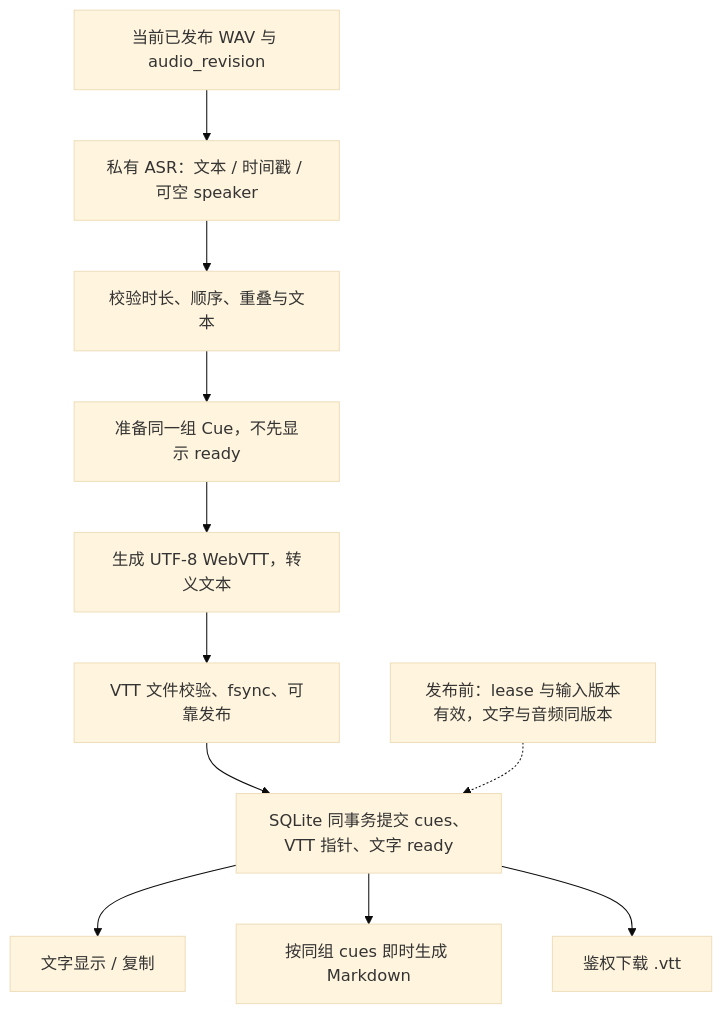
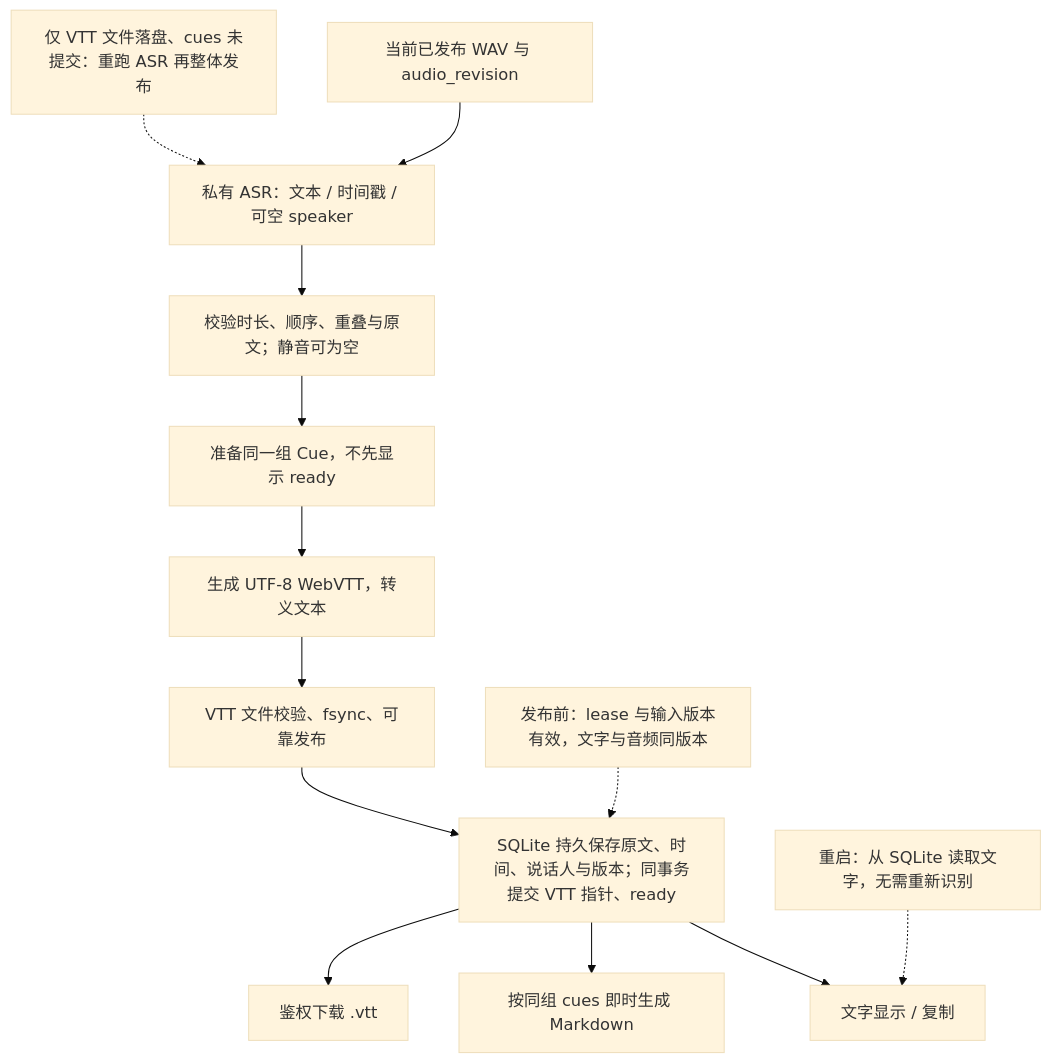
Before and after one commit to boboliu-1010/speaker: the diagram in docs/assets/diagrams/07-transcript-vtt.mmd, drawn with Mermaid (base theme). The commit also changed 27 other files, not shown here.

Commit message:
docs: complete diagram-first design with memory login and transcript storage

```diff
--- a/docs/assets/diagrams/07-transcript-vtt.mmd
+++ b/docs/assets/diagrams/07-transcript-vtt.mmd
@@ -1,11 +1,13 @@
 flowchart TB
     WAV["当前已发布 WAV 与 audio_revision"] --> ASR["私有 ASR：文本 / 时间戳 / 可空 speaker"]
-    ASR --> Validate["校验时长、顺序、重叠与文本"]
+    ASR --> Validate["校验时长、顺序、重叠与原文；静音可为空"]
     Validate --> Cues["准备同一组 Cue，不先显示 ready"]
     Cues --> File["生成 UTF-8 WebVTT，转义文本"]
     File --> Persist["VTT 文件校验、fsync、可靠发布"]
-    Persist --> Commit["SQLite 同事务提交 cues、VTT 指针、文字 ready"]
+    Persist --> Commit["SQLite 持久保存原文、时间、说话人与版本；同事务提交 VTT 指针、ready"]
     Commit --> Web["文字显示 / 复制"]
     Commit --> MD["按同组 cues 即时生成 Markdown"]
     Commit --> Download["鉴权下载 .vtt"]
     Check["发布前：lease 与输入版本有效，文字与音频同版本"] -.-> Commit
+    Restart["重启：从 SQLite 读取文字，无需重新识别"] -.-> Web
+    Crash["仅 VTT 文件落盘、cues 未提交：重跑 ASR 再整体发布"] -.-> ASR
```
